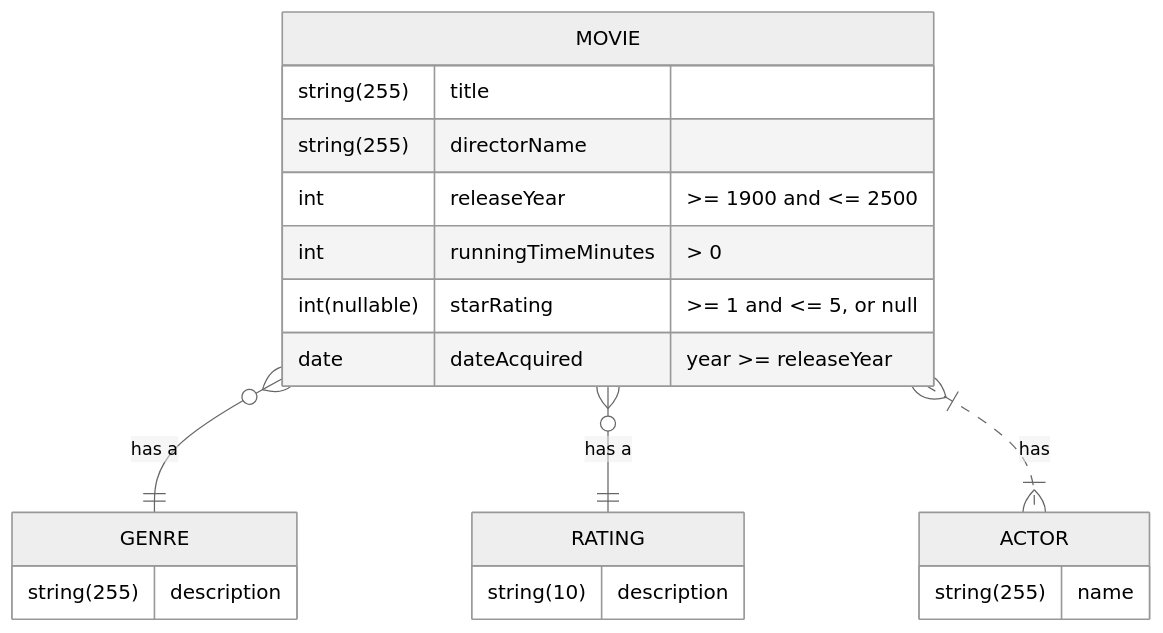
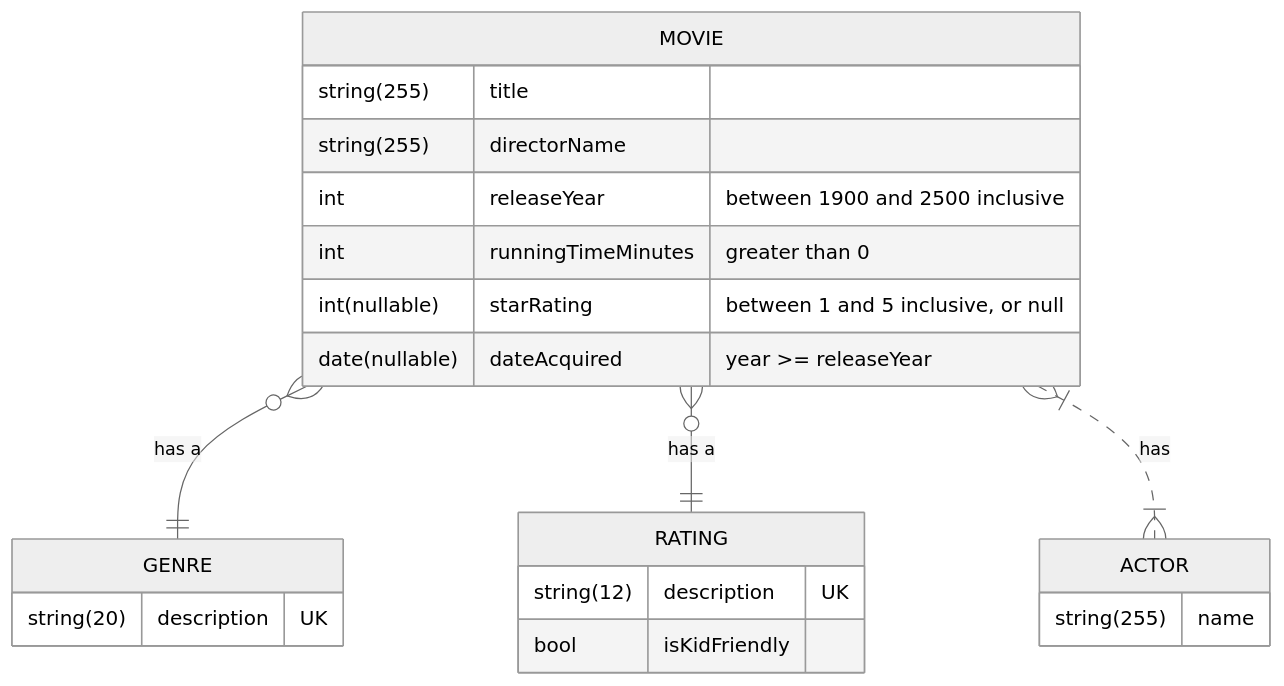
Before and after one commit to cblemaster/RelationalDatabase: the diagram in README.md, drawn with Mermaid (neutral theme).

Commit message:
update README.md, align er diagram with database

````diff
--- a/README.md
+++ b/README.md
@@ -27,28 +27,29 @@
 ```mermaid
    erDiagram
         MOVIE }o--|| GENRE : "has a"
         MOVIE }o--|| RATING : "has a"
         MOVIE }|..|{ ACTOR : has
 
         MOVIE {
             string(255) title
             string(255) directorName
-            int releaseYear ">= 1900 and <= 2500"
-            int runningTimeMinutes "> 0"
-            int(nullable) starRating ">= 1 and <= 5, or null"
-            date dateAcquired "year >= releaseYear"
+            int releaseYear "between 1900 and 2500 inclusive"
+            int runningTimeMinutes "greater than 0"
+            int(nullable) starRating "between 1 and 5 inclusive, or null"
+            date(nullable) dateAcquired "year >= releaseYear"
         }
         
         GENRE {
-            string(255) description
+            string(20) description UK
         }
 
         RATING {
-            string(10) description
+            string(12) description UK
+            bool isKidFriendly
         }
 
         ACTOR {
             string(255) name
         }
 
 ```
````
